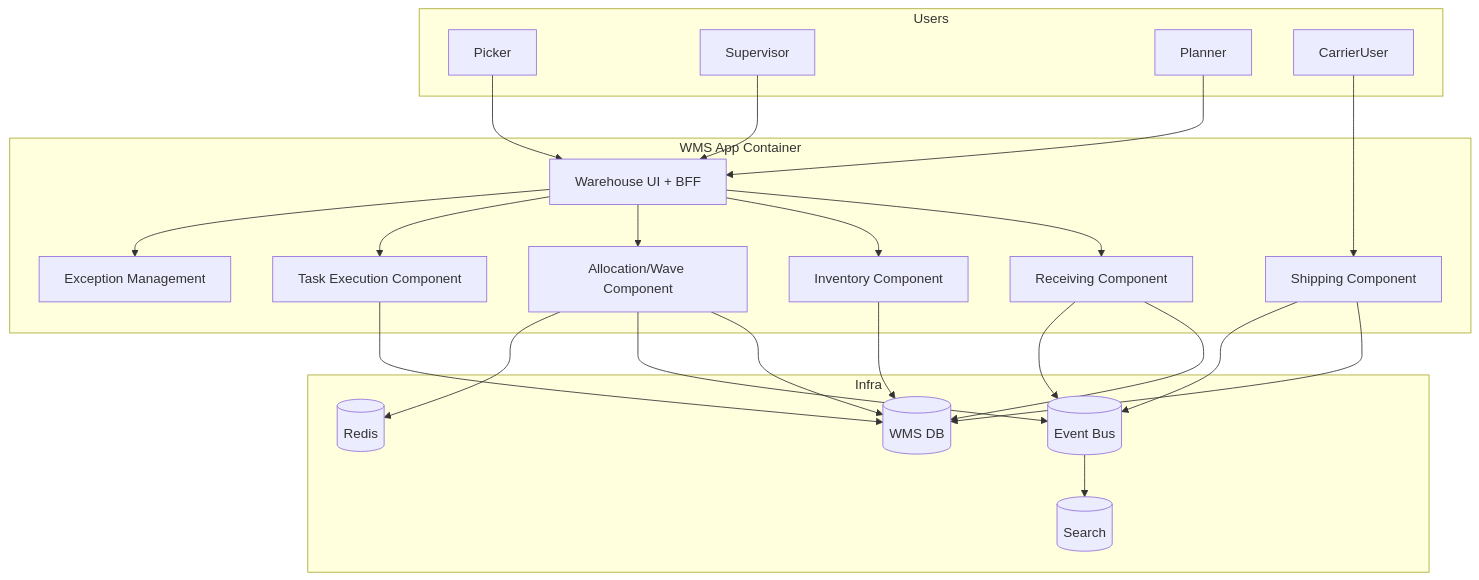
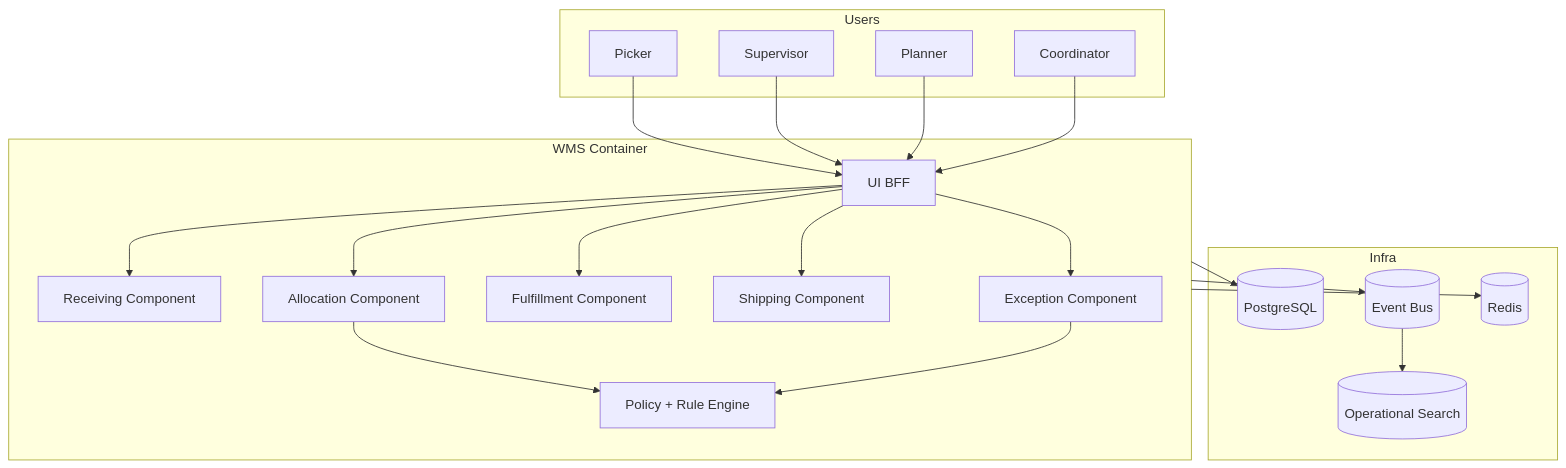
The diagram in Warehouse Management System/detailed-design/c4-component-diagram.md (0Ankit0/Project-Ideas), drawn with Mermaid before and after one commit. The commit also changed other lines of this file and 38 other files, not shown here.

````diff
--- a/Warehouse Management System/detailed-design/c4-component-diagram.md
+++ b/Warehouse Management System/detailed-design/c4-component-diagram.md
@@ -3,49 +3,45 @@
 ```mermaid
 flowchart TB
     subgraph Users
       Picker
       Supervisor
       Planner
-      CarrierUser
+      Coordinator
     end
 
-    subgraph WMS[WMS App Container]
-      UIBFF[Warehouse UI + BFF]
-      ReceivingCmp[Receiving Component]
-      InventoryCmp[Inventory Component]
-      AllocationCmp[Allocation/Wave Component]
-      TaskCmp[Task Execution Component]
-      ShippingCmp[Shipping Component]
-      ExceptionCmp[Exception Management]
+    subgraph WMS[WMS Container]
+      BFF[UI BFF]
+      Receiving[Receiving Component]
+      Allocation[Allocation Component]
+      Fulfillment[Fulfillment Component]
+      Shipping[Shipping Component]
+      Operations[Exception Component]
+      Rules[Policy + Rule Engine]
     end
 
     subgraph Infra
-      OLTP[(WMS DB)]
+      DB[(PostgreSQL)]
       Bus[(Event Bus)]
       Cache[(Redis)]
-      Search[(Search)]
+      Search[(Operational Search)]
     end
 
-    Picker --> UIBFF
-    Supervisor --> UIBFF
-    Planner --> UIBFF
-    CarrierUser --> ShippingCmp
+    Picker --> BFF
+    Supervisor --> BFF
+    Planner --> BFF
+    Coordinator --> BFF
 
-    UIBFF --> ReceivingCmp
-    UIBFF --> InventoryCmp
-    UIBFF --> AllocationCmp
-    UIBFF --> TaskCmp
-    UIBFF --> ExceptionCmp
+    BFF --> Receiving
+    BFF --> Allocation
+    BFF --> Fulfillment
+    BFF --> Shipping
+    BFF --> Operations
 
-    ReceivingCmp --> OLTP
-    InventoryCmp --> OLTP
-    AllocationCmp --> OLTP
-    TaskCmp --> OLTP
-    ShippingCmp --> OLTP
+    Allocation --> Rules
+    Operations --> Rules
 
-    ReceivingCmp --> Bus
-    AllocationCmp --> Bus
-    ShippingCmp --> Bus
+    WMS --> DB
+    WMS --> Bus
+    WMS --> Cache
     Bus --> Search
-    AllocationCmp --> Cache
 ```
````
